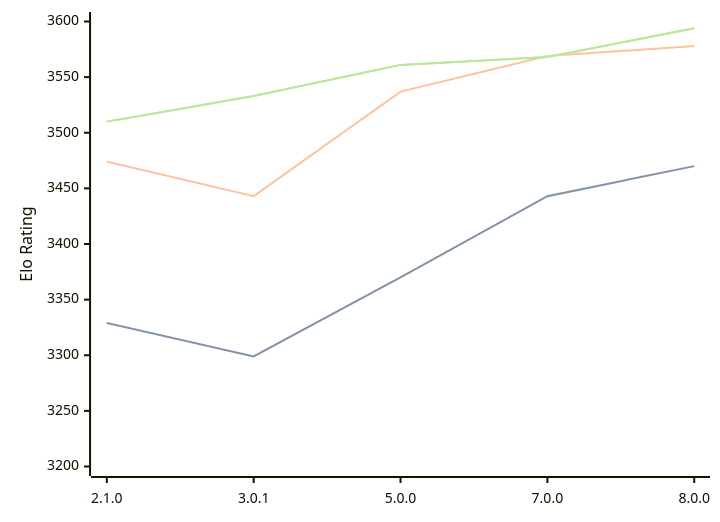
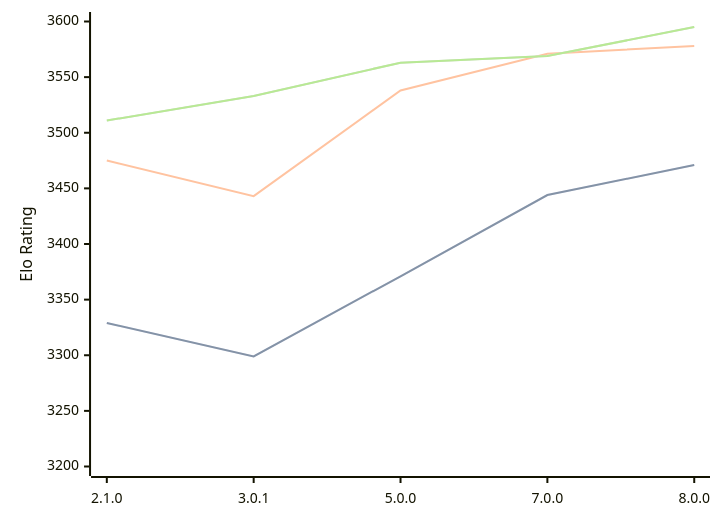
Before and after one commit to computer-chess-index/cci: the diagram in engines/PlentyChess.md, drawn with Mermaid. The commit also changed other lines of this file, not shown here.

Commit message:
Update CCI Ratings (ELO VLTC) - 2026-09-16

````diff
--- a/engines/PlentyChess.md
+++ b/engines/PlentyChess.md
@@ -37,11 +37,11 @@
 ```mermaid
 %%{init: {"theme":"base","themeVariables":{"seriesColors:['#a3a3a3','#222221','#faa371']}}}%%
 xychart-beta
   x-axis ["2.1.0", "3.0.1", "5.0.0", "7.0.0", "8.0.0"]
   y-axis "Elo Rating" 3200 --> 3600
-  line "" [3329, 3299, 3370, 3443, 3470]
-  line "STC (8.0+0.08s)" [3329, 3299, 3370, 3443, 3470]
-  line "LTC (60.0+0.60s)" [3474, 3443, 3537, 3569, 3578]
-  line "" [3510, 3533, 3561, 3568, 3594]
-  line "VLTC (2m24s+1.12s)" [3510, 3533, 3561, 3568, 3594]
+  line "" [3329, 3299, 3371, 3444, 3471]
+  line "STC (8.0+0.08s)" [3329, 3299, 3371, 3444, 3471]
+  line "LTC (60.0+0.60s)" [3475, 3443, 3538, 3571, 3578]
+  line "" [3511, 3533, 3563, 3569, 3595]
+  line "VLTC (2m24s+1.12s)" [3511, 3533, 3563, 3569, 3595]
 ```
````
